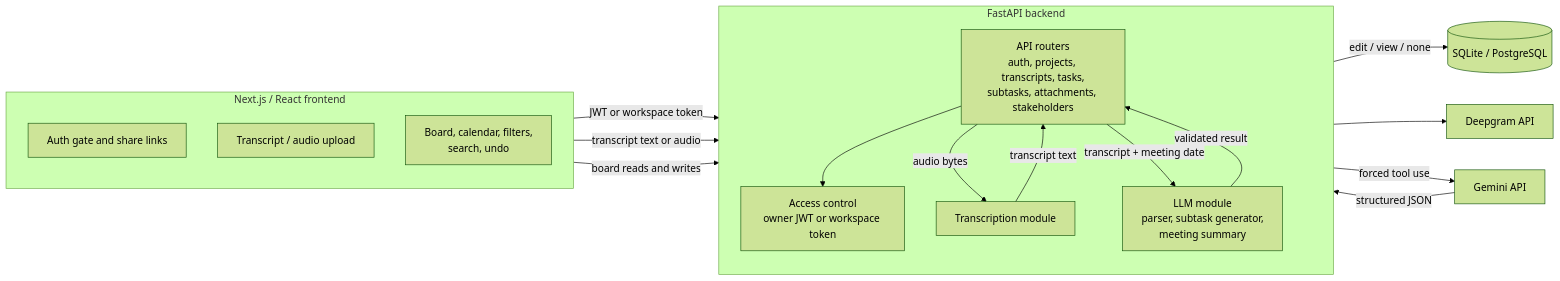
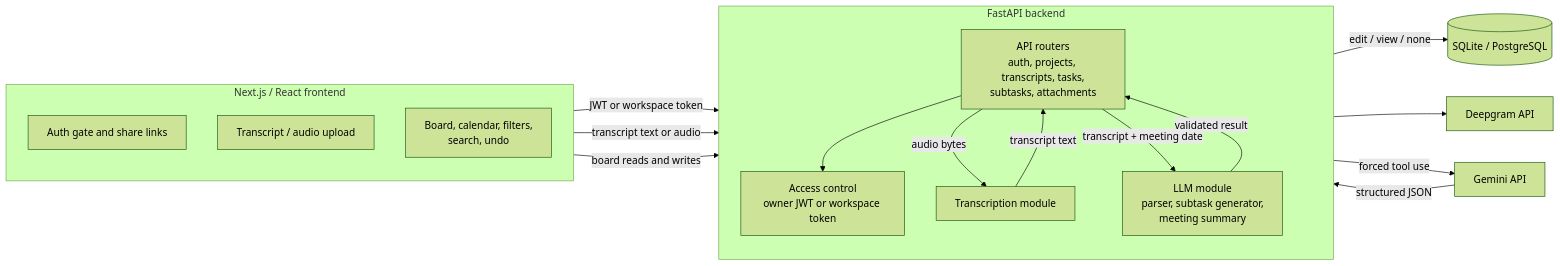
Before and after one commit to chinliong/meeting-orchestrator: the first of 3 diagrams in docs/architecture.md, drawn with Mermaid (forest theme). The commit also changed other lines of this file and 14 other files, not shown here.

First line of the commit message:
Remove unused stakeholders API, old migrations and duplicate landing page

````diff
--- a/docs/architecture.md
+++ b/docs/architecture.md
@@ -30,34 +30,34 @@
 ```mermaid
 flowchart LR
     subgraph Client[Next.js / React frontend]
         direction TB
         A[Auth gate and share links]
         U[Transcript / audio upload]
         K[Board, calendar, filters,<br/>search, undo]
     end
 
     subgraph API[FastAPI backend]
         direction TB
-        R[API routers<br/>auth, projects, transcripts, tasks,<br/>subtasks, attachments, stakeholders]
+        R[API routers<br/>auth, projects, transcripts, tasks,<br/>subtasks, attachments]
         AC[Access control<br/>owner JWT or workspace token]
         L[LLM module<br/>parser, subtask generator,<br/>meeting summary]
         W[Transcription module]
     end
 
     DB[(SQLite / PostgreSQL)]
     G[Gemini API]
     D[Deepgram API]
 
     A -->|JWT or workspace token| R
     U -->|transcript text or audio| R
     K -->|board reads and writes| R
     R --> AC
     AC -->|edit / view / none| DB
     R -->|audio bytes| W
     W -->|transcript text| R
     W --> D
     R -->|transcript + meeting date| L
     L -->|forced tool use| G
     G -->|structured JSON| L
     L -->|validated result| R
 ```
````
